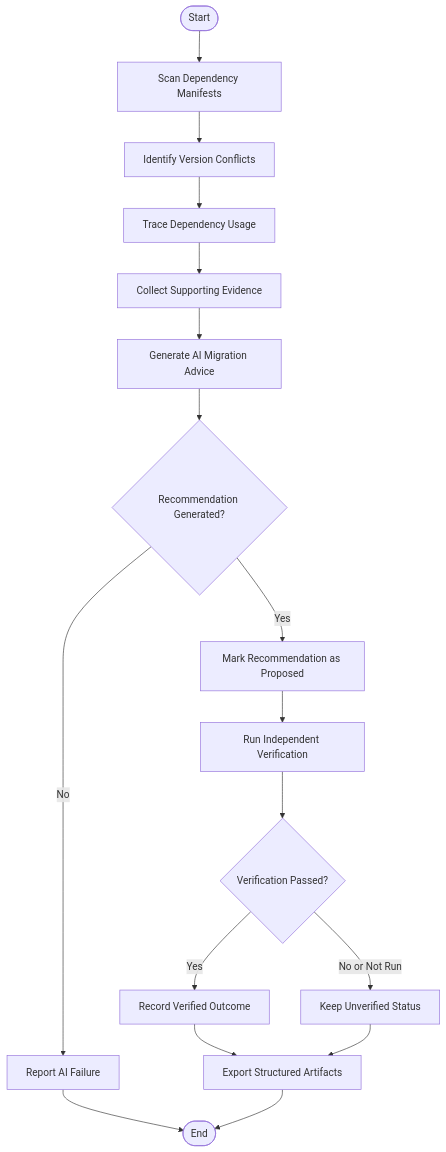
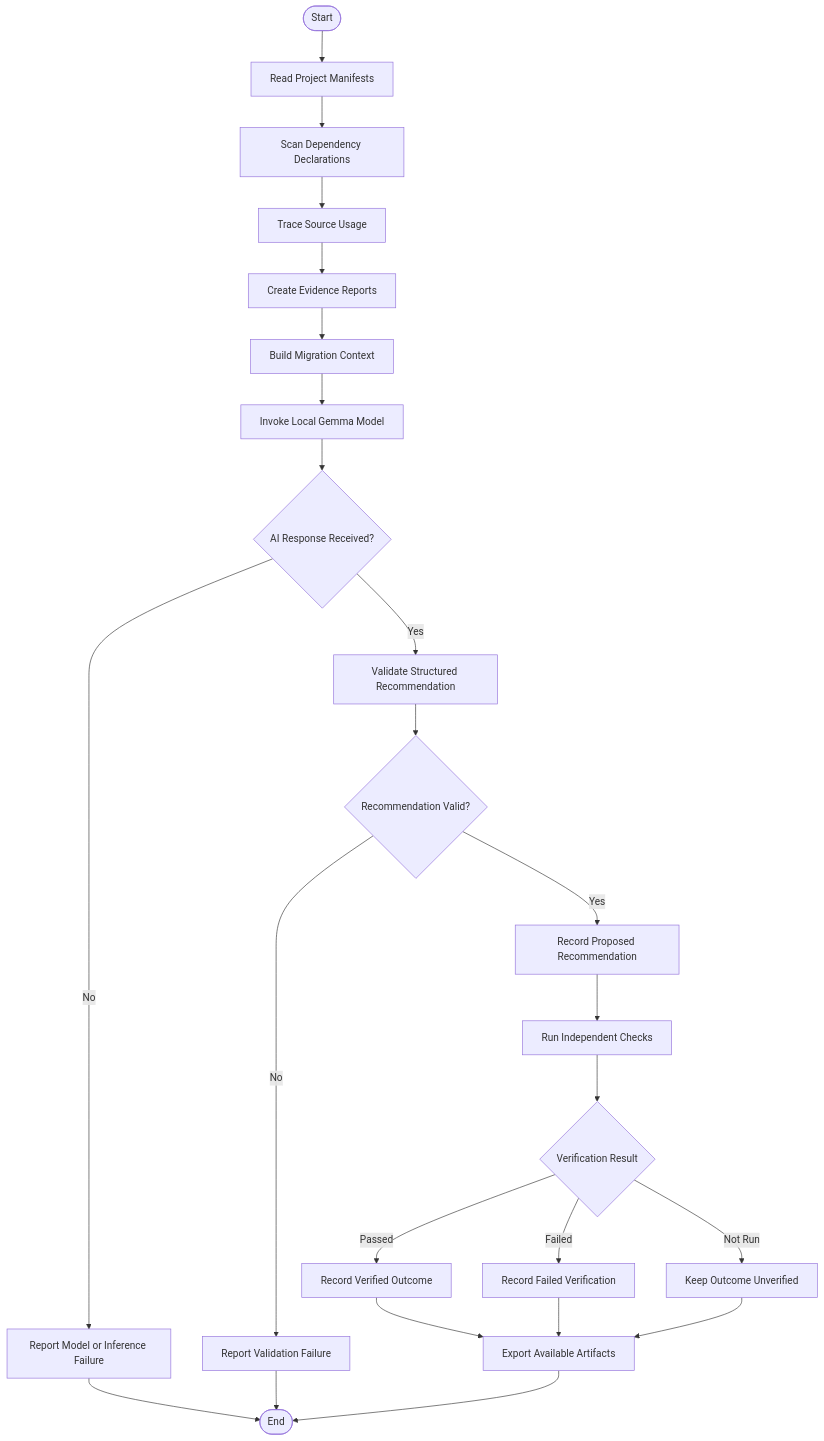
One commit to tejaswee-06/H26_TwoPointers_PatchProof changed the third of 3 diagrams in README.md. Above: the diagram before and after it, drawn with Mermaid. The commit also changed other lines of this file, not shown here.

First line of the commit message:
Revise README for PATCHPROOF project branding and details

````diff
--- a/README.md
+++ b/README.md
@@ -92,23 +279,33 @@
 ```mermaid
 flowchart TD
-    A(["Start"]) --> B["Scan Dependency Manifests"]
-    B --> C["Identify Version Conflicts"]
-    C --> D["Trace Dependency Usage"]
-    D --> E["Collect Supporting Evidence"]
-    E --> F["Generate AI Migration Advice"]
-    F --> G{"Recommendation Generated?"}
+    A(["Start"]) --> B["Read Project Manifests"]
+    B --> C["Scan Dependency Declarations"]
+    C --> D["Trace Source Usage"]
+    D --> E["Create Evidence Reports"]
 
-    G -- "No" --> H["Report AI Failure"]
-    H --> Z(["End"])
+    E --> F["Build Migration Context"]
+    F --> G["Invoke Local Gemma Model"]
+    G --> H{"AI Response Received?"}
 
-    G -- "Yes" --> I["Mark Recommendation as Proposed"]
-    I --> J["Run Independent Verification"]
-    J --> K{"Verification Passed?"}
+    H -->|No| I["Report Model or Inference Failure"]
+    I --> Z(["End"])
 
-    K -- "Yes" --> L["Record Verified Outcome"]
-    K -- "No or Not Run" --> M["Keep Unverified Status"]
+    H -->|Yes| J["Validate Structured Recommendation"]
+    J --> K{"Recommendation Valid?"}
 
-    L --> N["Export Structured Artifacts"]
-    M --> N
-    N --> Z
+    K -->|No| L["Report Validation Failure"]
+    L --> Z
+
+    K -->|Yes| M["Record Proposed Recommendation"]
+    M --> N["Run Independent Checks"]
+
+    N --> O{"Verification Result"}
+    O -->|Passed| P["Record Verified Outcome"]
+    O -->|Failed| Q["Record Failed Verification"]
+    O -->|Not Run| R["Keep Outcome Unverified"]
+
+    P --> S["Export Available Artifacts"]
+    Q --> S
+    R --> S
+    S --> Z
 ```
````
